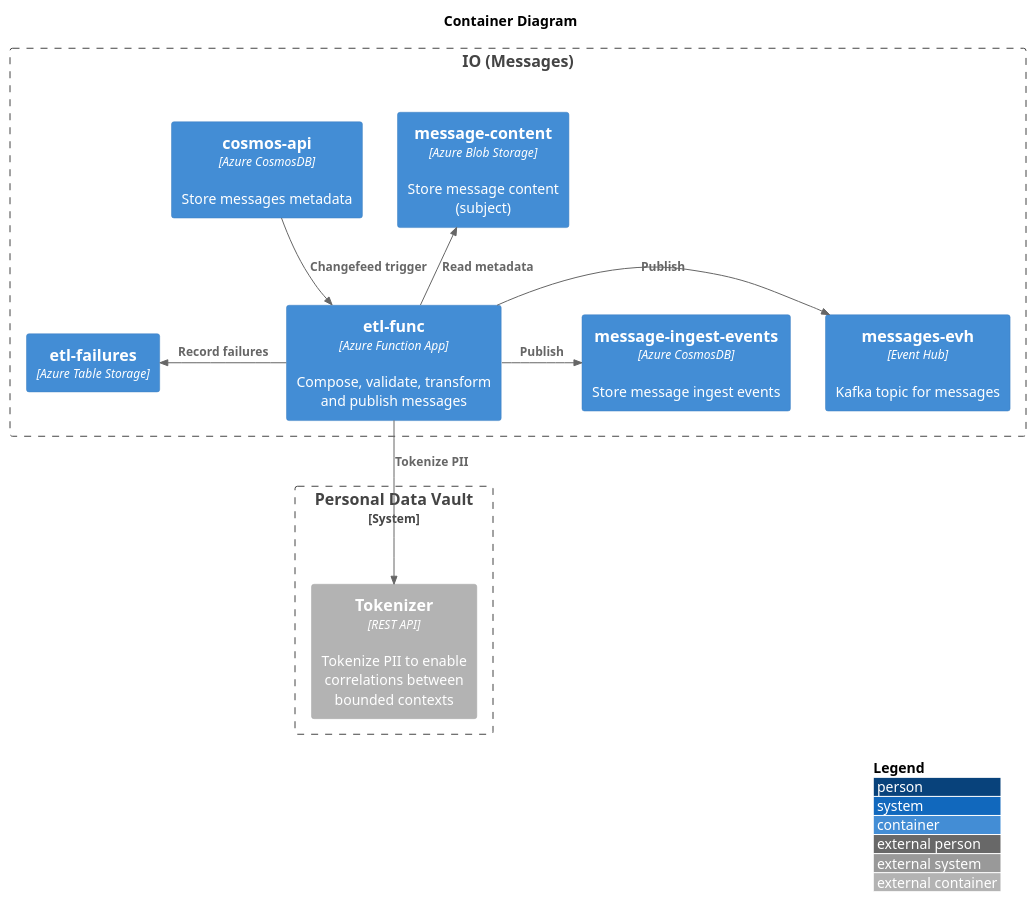
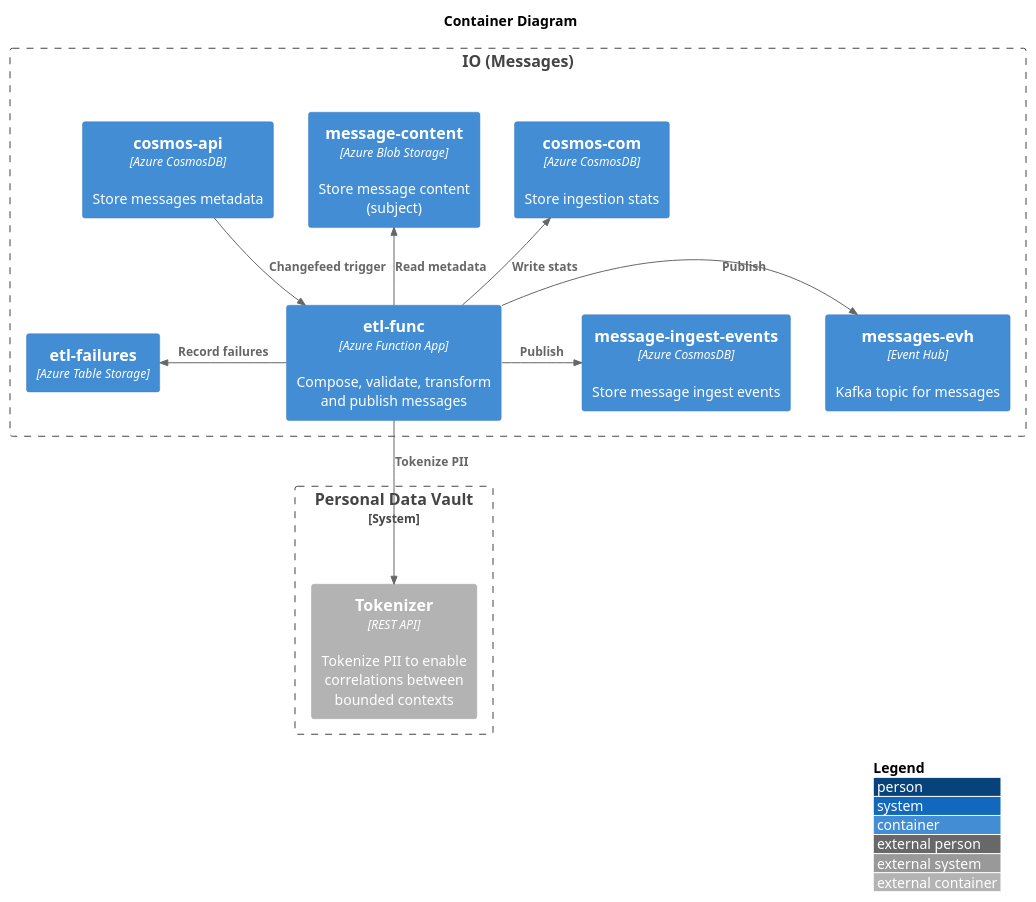
The diagram in docs/data-plan/container.puml (pagopa/io-messages), drawn with PlantUML before and after one commit. The commit also changed 1 other file, not shown here.

Commit message:
Update data-plan-container diagram

```diff
--- a/docs/data-plan/container.puml
+++ b/docs/data-plan/container.puml
@@ -1,31 +1,33 @@
 @startuml data-plan-container
 !include <C4/C4_Context>
 !include <C4/C4_Container>
 
 LAYOUT_WITH_LEGEND()
 
 title Container Diagram
 
 Boundary(io, "IO (Messages)") {
   Container(apidb, "cosmos-api", "Azure CosmosDB", "Store messages metadata")
+  Container(comDomainDb, "cosmos-com", "Azure CosmosDB", "Store ingestion stats")
   Container(msgst, "message-content", "Azure Blob Storage", "Store message content (subject)")
   Container(etlfn, "etl-func", "Azure Function App", "Compose, validate, transform and publish messages")
   Container(msgevh, "messages-evh", "Event Hub", "Kafka topic for messages")
   Container(msgsentevents, "message-ingest-events", "Azure CosmosDB", "Store message ingest events")
   Container(failtable, "etl-failures", "Azure Table Storage")
 }
 
 Rel_D(apidb, etlfn, "Changefeed trigger")
 Rel_R(etlfn, msgevh, "Publish")
 Rel_R(etlfn, msgsentevents, "Publish")
 
 Rel_U(etlfn, msgst, "Read metadata")
+Rel_U(etlfn, comDomainDb, "Write stats")
 Rel_L(etlfn, failtable, "Record failures")
 
 System_Boundary(pdv, "Personal Data Vault") {
   Container_Ext(tok, "Tokenizer", "REST API", "Tokenize PII to enable correlations between bounded contexts")
 }
 
 Rel_D(etlfn, tok, "Tokenize PII")
 
 @enduml
```
